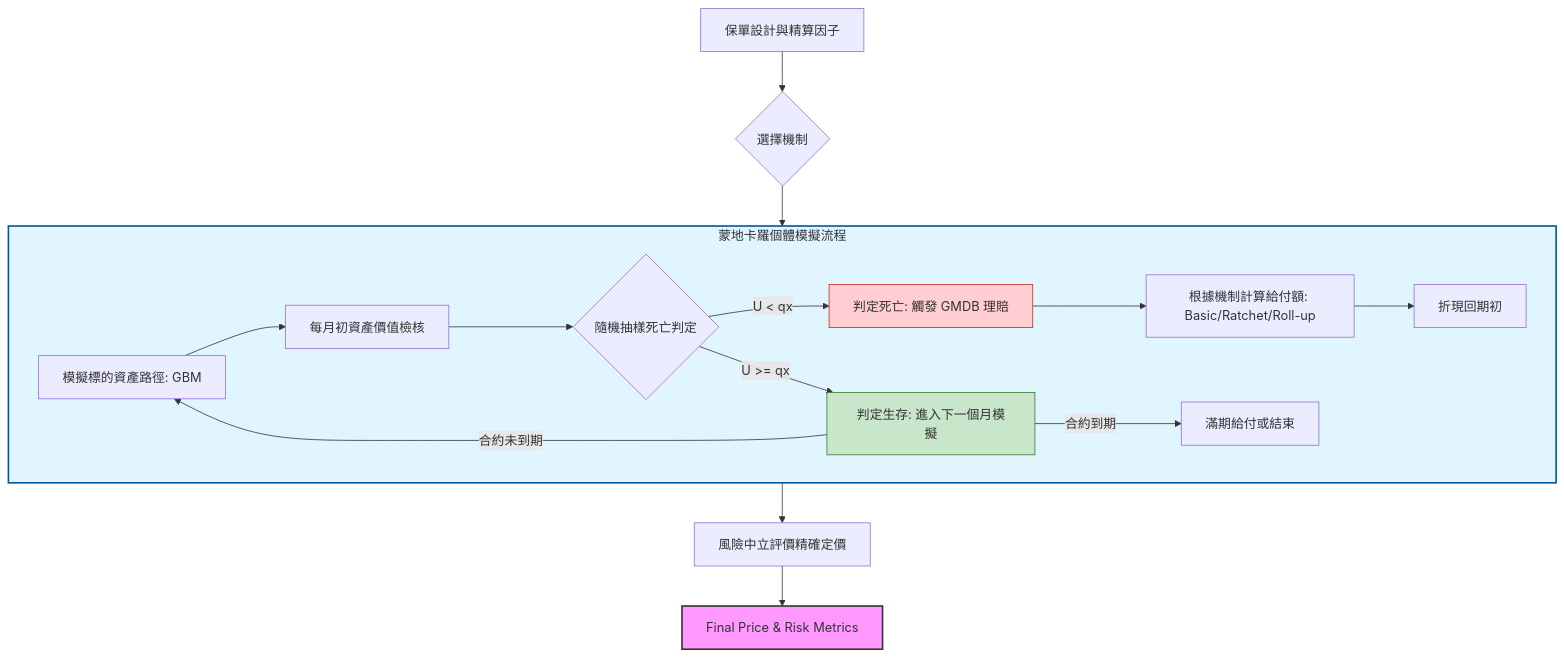
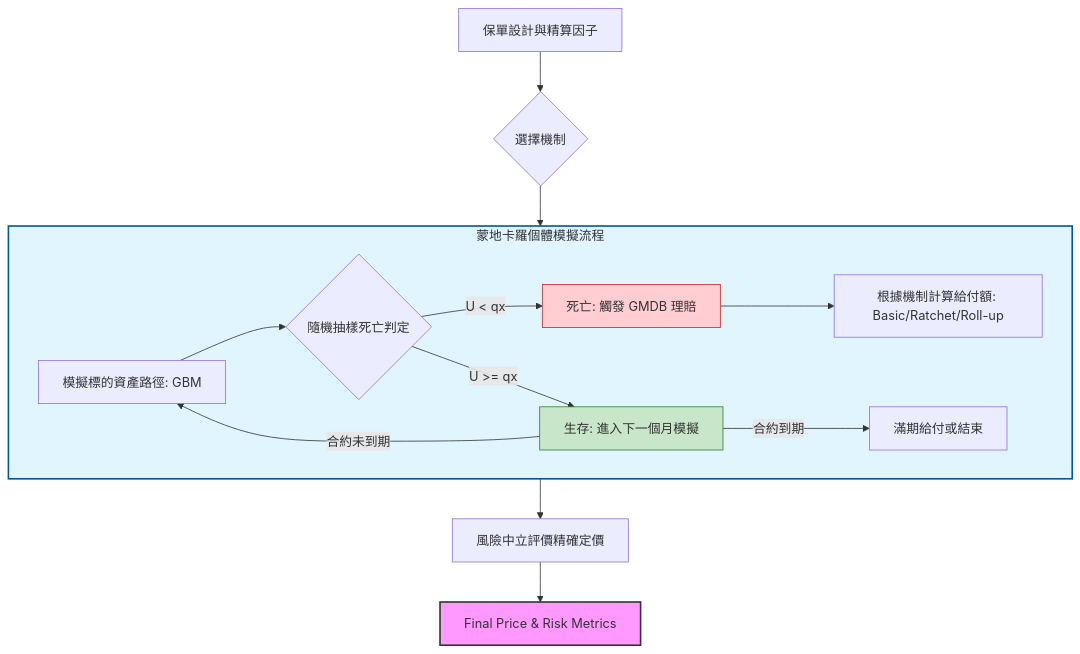
One commit to Kai-Yun-Chang/--Simulation-Python changed the diagram in README.md. Above: the diagram before and after it, drawn with Mermaid.

````diff
--- a/README.md
+++ b/README.md
@@ -26,29 +26,25 @@
 ```mermaid
 graph TD
     %% 主流程
     Input[保單設計與精算因子] --> Mechanism{選擇機制}
     Mechanism --> Simulation[蒙地卡羅模擬流程]
     Simulation --> Risk-neutral[風險中立評價精確定價]
     Risk-neutral --> Result[Final Price & Risk Metrics]
 
     %% 蒙地卡羅詳細步驟 (子圖)
     subgraph Simulation [蒙地卡羅個體模擬流程]
-        S1[模擬標的資產路徑: GBM] --> S2[每月初資產價值檢核]
-        S2 --> S3{隨機抽樣死亡判定}
-        
-        S3 -->|U < qx| Dead[判定死亡: 觸發 GMDB 理賠]
-        S3 -->|U >= qx| Alive[判定生存: 進入下一個月模擬]
-        
-        Dead --> S4[根據機制計算給付額: Basic/Ratchet/Roll-up]
-        S4 --> S5[折現回期初]
+        S1[模擬標的資產路徑: GBM] --> S2{隨機抽樣死亡判定}
+        S2 -->|U < qx| Dead[死亡: 觸發 GMDB 理賠]
+        S2 -->|U >= qx| Alive[生存: 進入下一個月模擬]
+        Dead --> S3[根據機制計算給付額: Basic/Ratchet/Roll-up]
         
         Alive -->|合約未到期| S1
         Alive -->|合約到期| End[滿期給付或結束]
     end
 
     style Dead fill:#ffcdd2,stroke:#c62828
     style Alive fill:#c8e6c9,stroke:#2e7d32
     %% 樣式設定
     style Simulation fill:#e1f5fe,stroke:#01579b,stroke-width:2px
     style Result fill:#f9f,stroke:#333,stroke-width:2px
 ```
````
